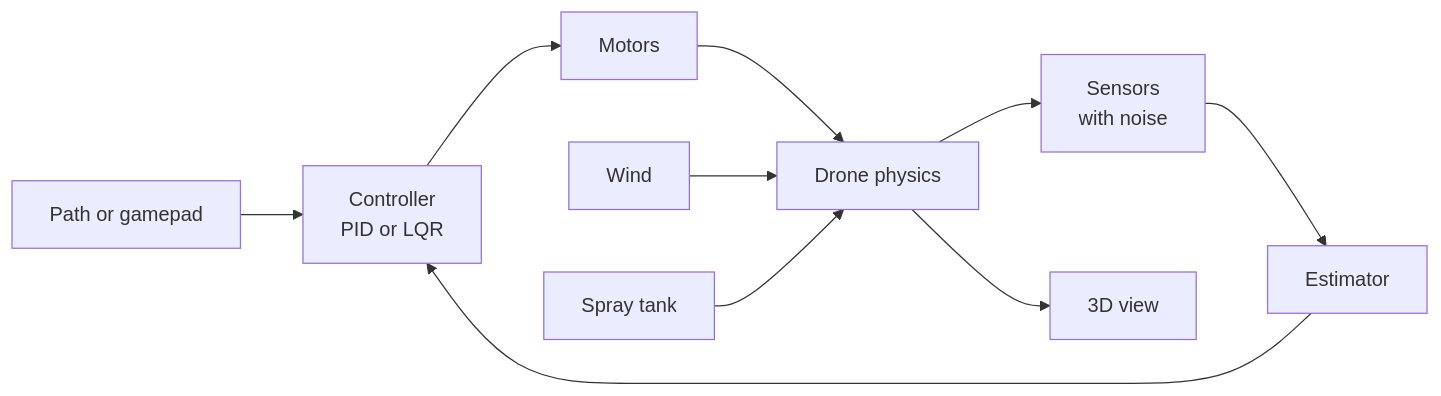
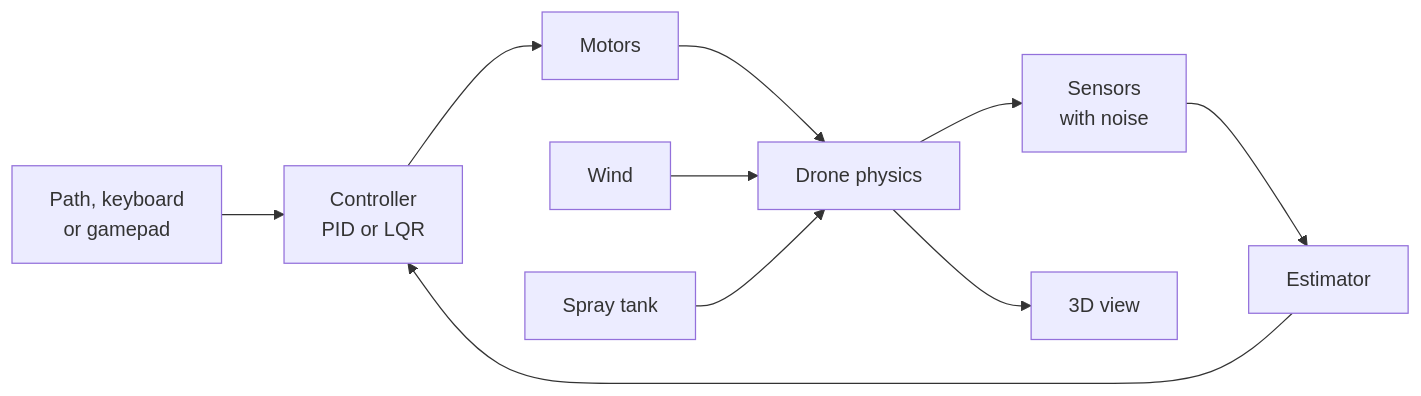
Before and after one commit to malek23ma/drone_sim: the diagram in README.md, drawn with Mermaid. The commit also changed other lines of this file and 4 other files, not shown here.

````diff
--- a/README.md
+++ b/README.md
@@ -25,12 +25,12 @@
 ```mermaid
 flowchart LR
-    REF[Path or gamepad] --> CTRL[Controller<br/>PID or LQR]
+    REF[Path, keyboard<br/>or gamepad] --> CTRL[Controller<br/>PID or LQR]
     CTRL --> MOT[Motors]
     MOT --> PHY[Drone physics]
     WIND[Wind] --> PHY
     TANK[Spray tank] --> PHY
     PHY --> SEN[Sensors<br/>with noise]
     SEN --> EST[Estimator]
     EST --> CTRL
     PHY --> VIEW[3D view]
 ```
````
